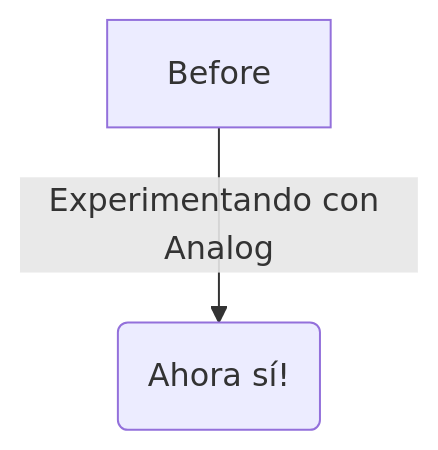
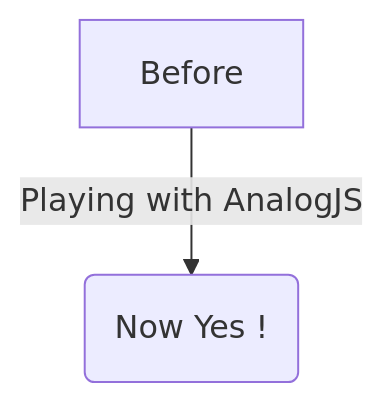
The diagram in apps/docs-app/i18n/es/docusaurus-plugin-content-docs/current/features/routing/content.md (analogjs/analog), drawn with Mermaid before and after one commit. The commit also changed other lines of this file and 23 other files, not shown here.

````diff
--- a/apps/docs-app/i18n/es/docusaurus-plugin-content-docs/current/features/routing/content.md
+++ b/apps/docs-app/i18n/es/docusaurus-plugin-content-docs/current/features/routing/content.md
@@ -178,4 +370,4 @@
 ```mermaid
 graph TD
-    A[Before] -->|Experimentando con Analog| B(Ahora sí!)
+    A[Before] -->|Playing with AnalogJS| B(Now Yes !)
 ```
````
